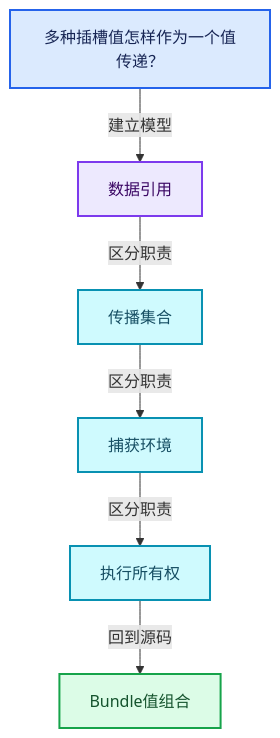
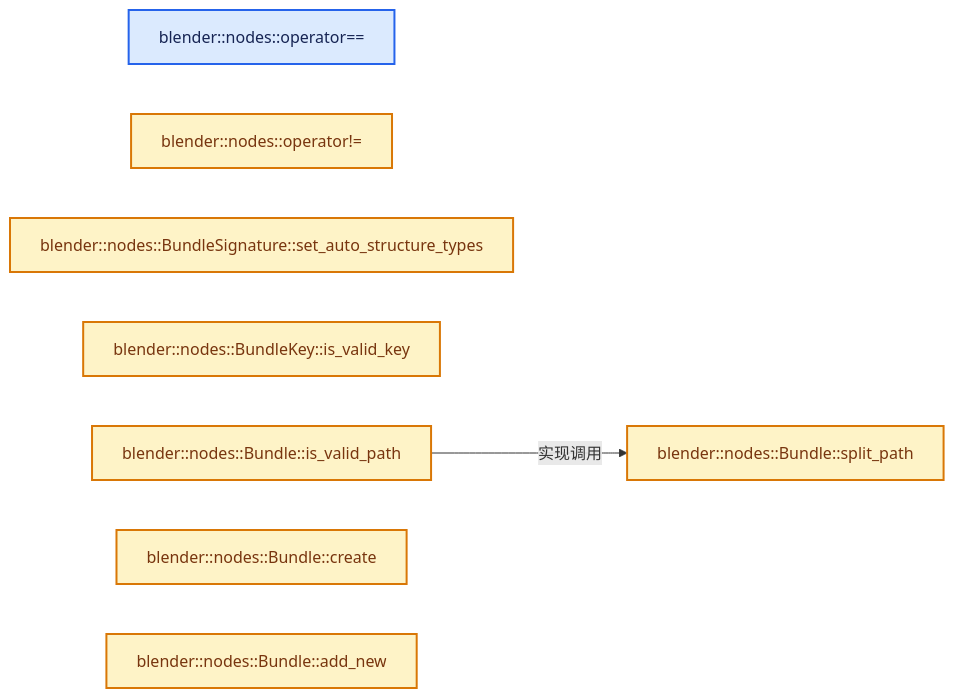
The second of 4 diagrams in 杂/markdown/全面学习-codex/10-引用生命周期与Closure/05-Bundle值组合.md (yunkezengren/blender-.vscode), drawn with Mermaid before and after one commit. The commit also changed other lines of this file and 1930 other files, not shown here.

````diff
--- a/杂/markdown/全面学习-codex/10-引用生命周期与Closure/05-Bundle值组合.md
+++ b/杂/markdown/全面学习-codex/10-引用生命周期与Closure/05-Bundle值组合.md
@@ -60,20 +46,18 @@
 ```mermaid
-flowchart TB
-  Q["多种插槽值怎样作为一个值传递？"]:::input
-  C0["数据引用"]:::abstraction
-  C1["传播集合"]:::data
-  C2["捕获环境"]:::data
-  C3["执行所有权"]:::data
-  R["Bundle值组合"]:::result
-  Q -->|"建立模型"| C0
-  C0 -->|"区分职责"| C1
-  C1 -->|"区分职责"| C2
-  C2 -->|"区分职责"| C3
-  C3 -->|"回到源码"| R
+flowchart LR
+  F0["blender::nodes::operator=="]:::input
+  F1["blender::nodes::operator!="]:::compute
+  F2["blender::nodes::BundleSignature::set_auto_structure_types"]:::compute
+  F3["blender::nodes::BundleKey::is_valid_key"]:::compute
+  F4["blender::nodes::Bundle::is_valid_path"]:::compute
+  F5["blender::nodes::Bundle::split_path"]:::compute
+  F6["blender::nodes::Bundle::create"]:::compute
+  F7["blender::nodes::Bundle::add_new"]:::compute
+  F4 -->|"实现调用"| F5
   classDef input fill:#DBEAFE,stroke:#2563EB,color:#172554,stroke-width:2px;
   classDef data fill:#CFFAFE,stroke:#0891B2,color:#164E63,stroke-width:2px;
   classDef abstraction fill:#EDE9FE,stroke:#7C3AED,color:#3B0764,stroke-width:2px;
   classDef compute fill:#FEF3C7,stroke:#D97706,color:#78350F,stroke-width:2px;
   classDef result fill:#DCFCE7,stroke:#16A34A,color:#14532D,stroke-width:2px;
   classDef error fill:#FEE2E2,stroke:#DC2626,color:#7F1D1D,stroke-width:2px;
 ```
````
